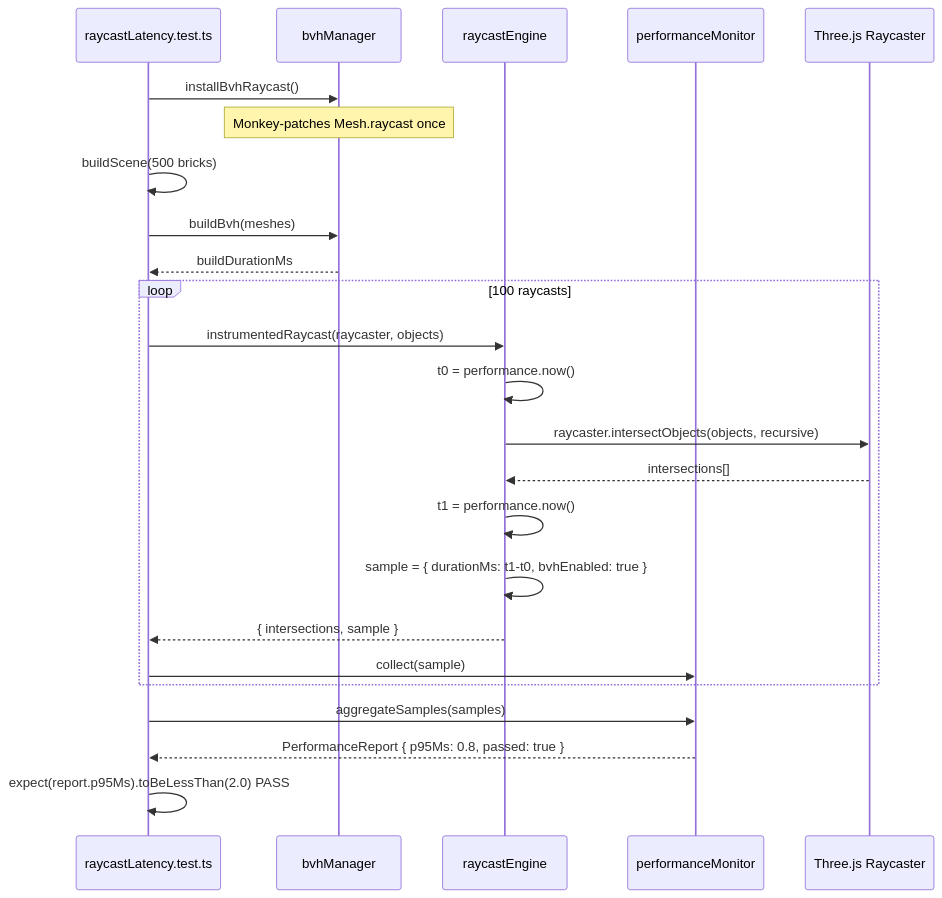
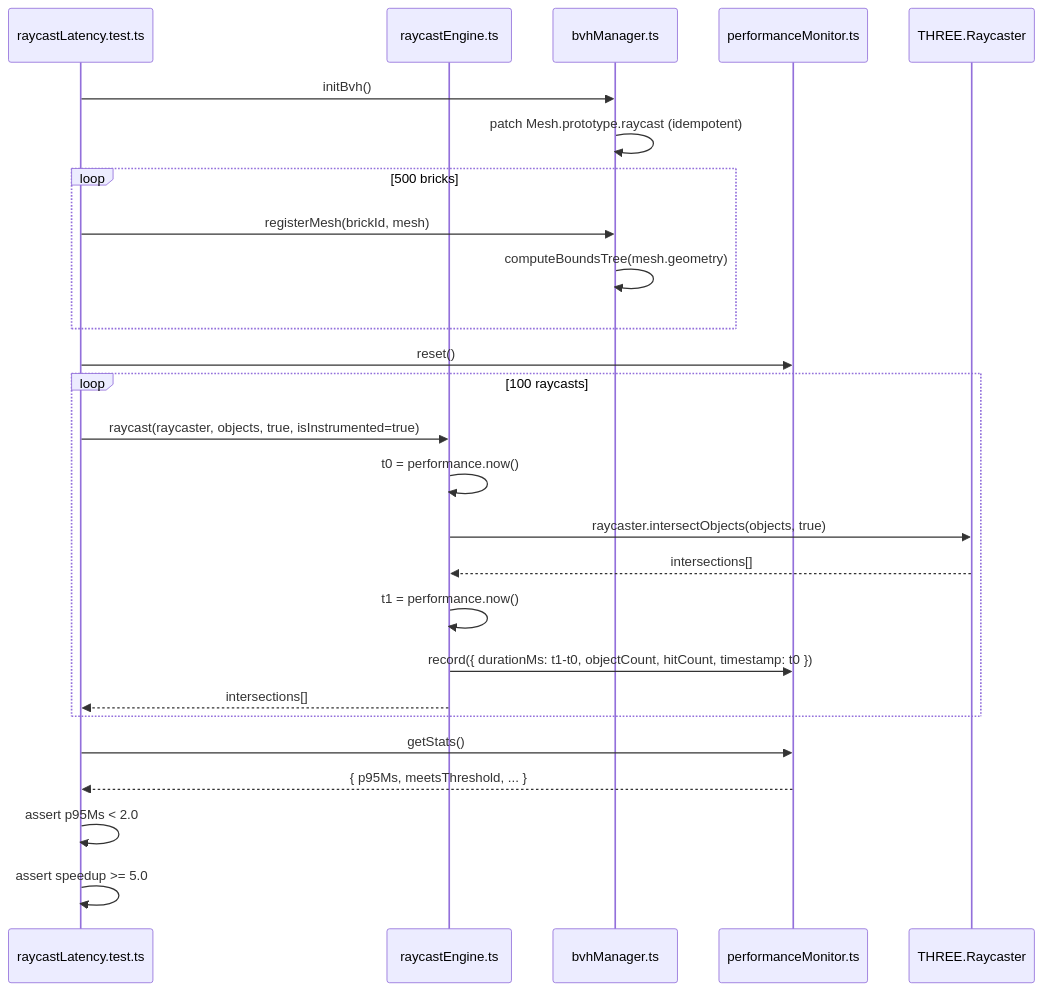
The first of 4 diagrams in docs/features/NFR-PERF-002/LOW_LEVEL_DESIGN.md (sreenivasmrpivot/legobuilder), drawn with Mermaid before and after one commit. The commit also changed other lines of this file, not shown here.

First line of the commit message:
docs: LLD for NFR-PERF-002 — Enforce <2ms raycast latency in 500-brick scenes via instrumented timing

````diff
--- a/docs/features/NFR-PERF-002/LOW_LEVEL_DESIGN.md
+++ b/docs/features/NFR-PERF-002/LOW_LEVEL_DESIGN.md
@@ -247,30 +266,29 @@
 ```mermaid
 sequenceDiagram
     participant Test as raycastLatency.test.ts
-    participant BM as bvhManager
-    participant RE as raycastEngine
-    participant PM as performanceMonitor
-    participant THREE as Three.js Raycaster
+    participant RE as raycastEngine.ts
+    participant BVH as bvhManager.ts
+    participant PM as performanceMonitor.ts
+    participant THREE as THREE.Raycaster
 
-    Test->>BM: installBvhRaycast()
-    Note over BM: Monkey-patches Mesh.raycast once
-
-    Test->>Test: buildScene(500 bricks)
-    Test->>BM: buildBvh(meshes)
-    BM-->>Test: buildDurationMs
-
+    Test->>BVH: initBvh()
+    BVH->>BVH: patch Mesh.prototype.raycast (idempotent)
+    loop 500 bricks
+        Test->>BVH: registerMesh(brickId, mesh)
+        BVH->>BVH: computeBoundsTree(mesh.geometry)
+    end
+    Test->>PM: reset()
     loop 100 raycasts
-        Test->>RE: instrumentedRaycast(raycaster, objects)
+        Test->>RE: raycast(raycaster, objects, true, isInstrumented=true)
         RE->>RE: t0 = performance.now()
-        RE->>THREE: raycaster.intersectObjects(objects, recursive)
+        RE->>THREE: raycaster.intersectObjects(objects, true)
         THREE-->>RE: intersections[]
         RE->>RE: t1 = performance.now()
-        RE->>RE: sample = { durationMs: t1-t0, bvhEnabled: true }
-        RE-->>Test: { intersections, sample }
-        Test->>PM: collect(sample)
+        RE->>PM: record({ durationMs: t1-t0, objectCount, hitCount, timestamp: t0 })
+        RE-->>Test: intersections[]
     end
-
-    Test->>PM: aggregateSamples(samples)
-    PM-->>Test: PerformanceReport { p95Ms: 0.8, passed: true }
-    Test->>Test: expect(report.p95Ms).toBeLessThan(2.0) PASS
+    Test->>PM: getStats()
+    PM-->>Test: { p95Ms, meetsThreshold, ... }
+    Test->>Test: assert p95Ms < 2.0
+    Test->>Test: assert speedup >= 5.0
 ```
````
